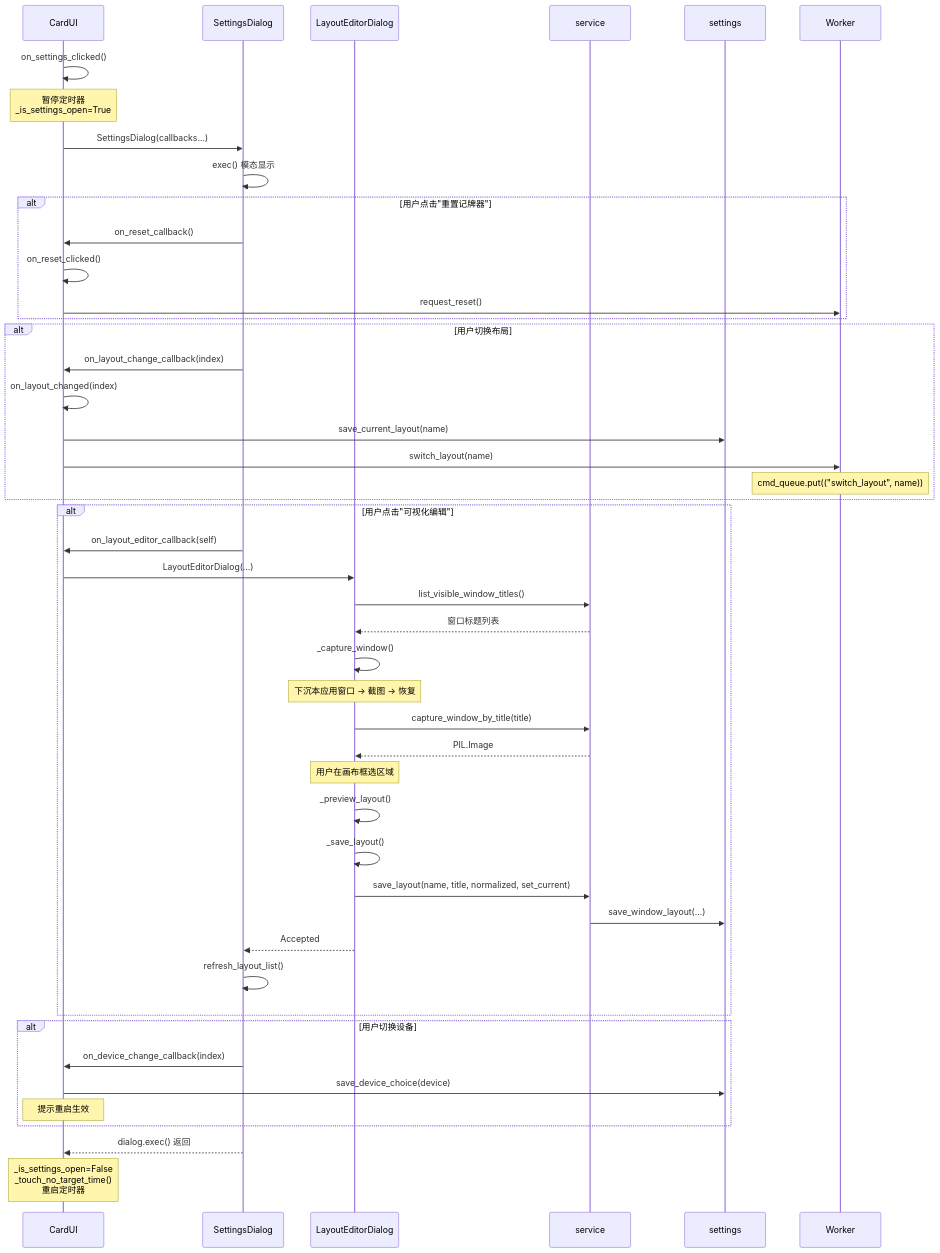
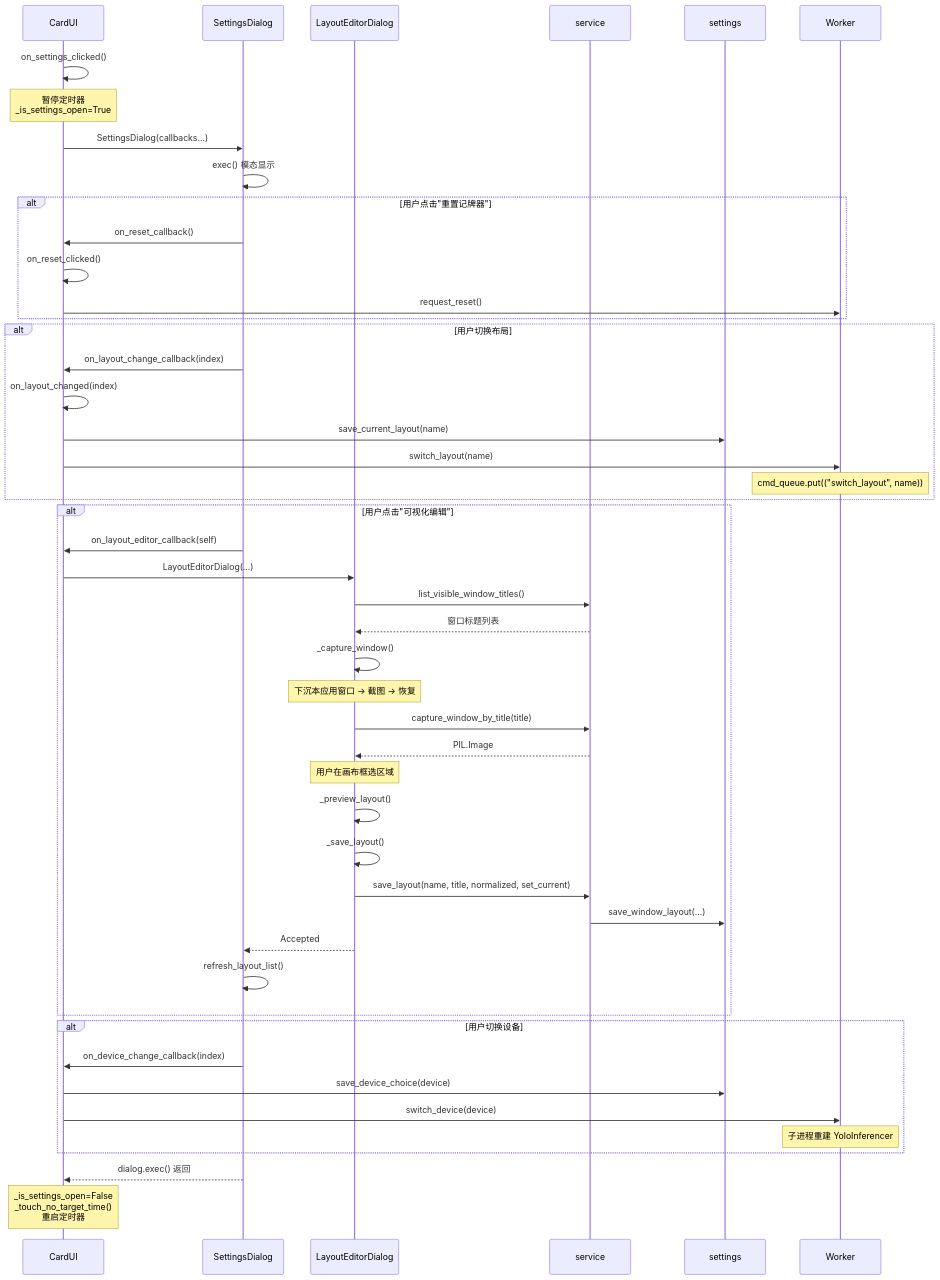
The third of 6 diagrams in docs/sequence-diagram.md (luckFan0519/han-card-tracker), drawn with Mermaid before and after one commit. The commit also changed other lines of this file and 19 other files, not shown here.

````diff
--- a/docs/sequence-diagram.md
+++ b/docs/sequence-diagram.md
@@ -125,54 +124,55 @@
 ```mermaid
 sequenceDiagram
     participant UI as CardUI
     participant SD as SettingsDialog
     participant LED as LayoutEditorDialog
     participant Service as service
     participant Settings as settings
 
     UI->>UI: on_settings_clicked()
     Note over UI: 暂停定时器<br/>_is_settings_open=True
     UI->>SD: SettingsDialog(callbacks...)
     SD->>SD: exec() 模态显示
 
     alt 用户点击"重置记牌器"
         SD->>UI: on_reset_callback()
         UI->>UI: on_reset_clicked()
         UI->>Worker: request_reset()
     end
 
     alt 用户切换布局
         SD->>UI: on_layout_change_callback(index)
         UI->>UI: on_layout_changed(index)
         UI->>Settings: save_current_layout(name)
         UI->>Worker: switch_layout(name)
         Note over Worker: cmd_queue.put(("switch_layout", name))
     end
 
     alt 用户点击"可视化编辑"
         SD->>UI: on_layout_editor_callback(self)
         UI->>LED: LayoutEditorDialog(...)
         LED->>Service: list_visible_window_titles()
         Service-->>LED: 窗口标题列表
         LED->>LED: _capture_window()
         Note over LED: 下沉本应用窗口 → 截图 → 恢复
         LED->>Service: capture_window_by_title(title)
         Service-->>LED: PIL.Image
         Note over LED: 用户在画布框选区域
         LED->>LED: _preview_layout()
         LED->>LED: _save_layout()
         LED->>Service: save_layout(name, title, normalized, set_current)
         Service->>Settings: save_window_layout(...)
         LED-->>SD: Accepted
         SD->>SD: refresh_layout_list()
     end
 
     alt 用户切换设备
         SD->>UI: on_device_change_callback(index)
         UI->>Settings: save_device_choice(device)
-        Note over UI: 提示重启生效
+        UI->>Worker: switch_device(device)
+        Note over Worker: 子进程重建 YoloInferencer
     end
 
     SD-->>UI: dialog.exec() 返回
     Note over UI: _is_settings_open=False<br/>_touch_no_target_time()<br/>重启定时器
 ```
````
